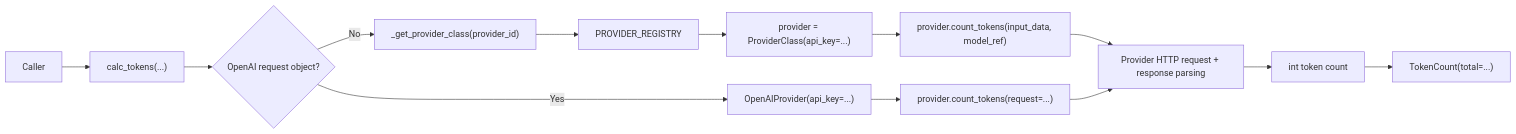
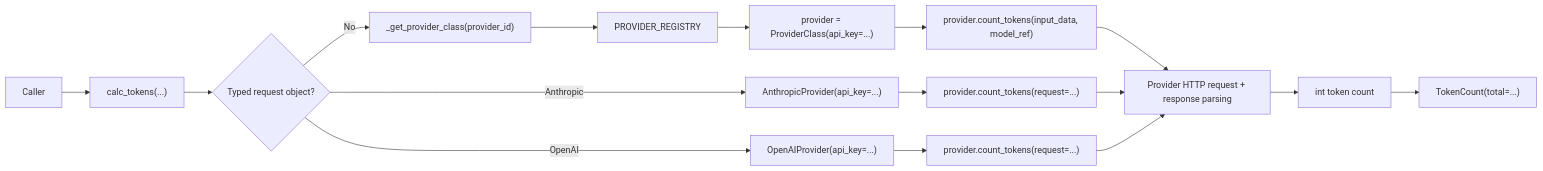
The diagram in docs/architecture/api.md (vienneraphael/kentokit), drawn with Mermaid before and after one commit. The commit also changed other lines of this file and 3 other files, not shown here.

Commit message:
docs: document anthropic typed requests

````diff
--- a/docs/architecture/api.md
+++ b/docs/architecture/api.md
@@ -26,15 +27,18 @@
 ```mermaid
 flowchart LR
     A["Caller"] --> B["calc_tokens(...)"]
-    B --> C{"OpenAI request object?"}
+    B --> C{"Typed request object?"}
     C -->|No| D["_get_provider_class(provider_id)"]
     D --> E["PROVIDER_REGISTRY"]
     E --> F["provider = ProviderClass(api_key=...)"]
     F --> G["provider.count_tokens(input_data, model_ref)"]
     G --> H["Provider HTTP request + response parsing"]
     H --> I["int token count"]
     I --> J["TokenCount(total=...)"]
-    C -->|Yes| K["OpenAIProvider(api_key=...)"]
-    K --> L["provider.count_tokens(request=...)"]
-    L --> H
+    C -->|Anthropic| K["AnthropicProvider(api_key=...)"]
+    C -->|OpenAI| L["OpenAIProvider(api_key=...)"]
+    K --> M["provider.count_tokens(request=...)"]
+    L --> N["provider.count_tokens(request=...)"]
+    M --> H
+    N --> H
 ```
````
